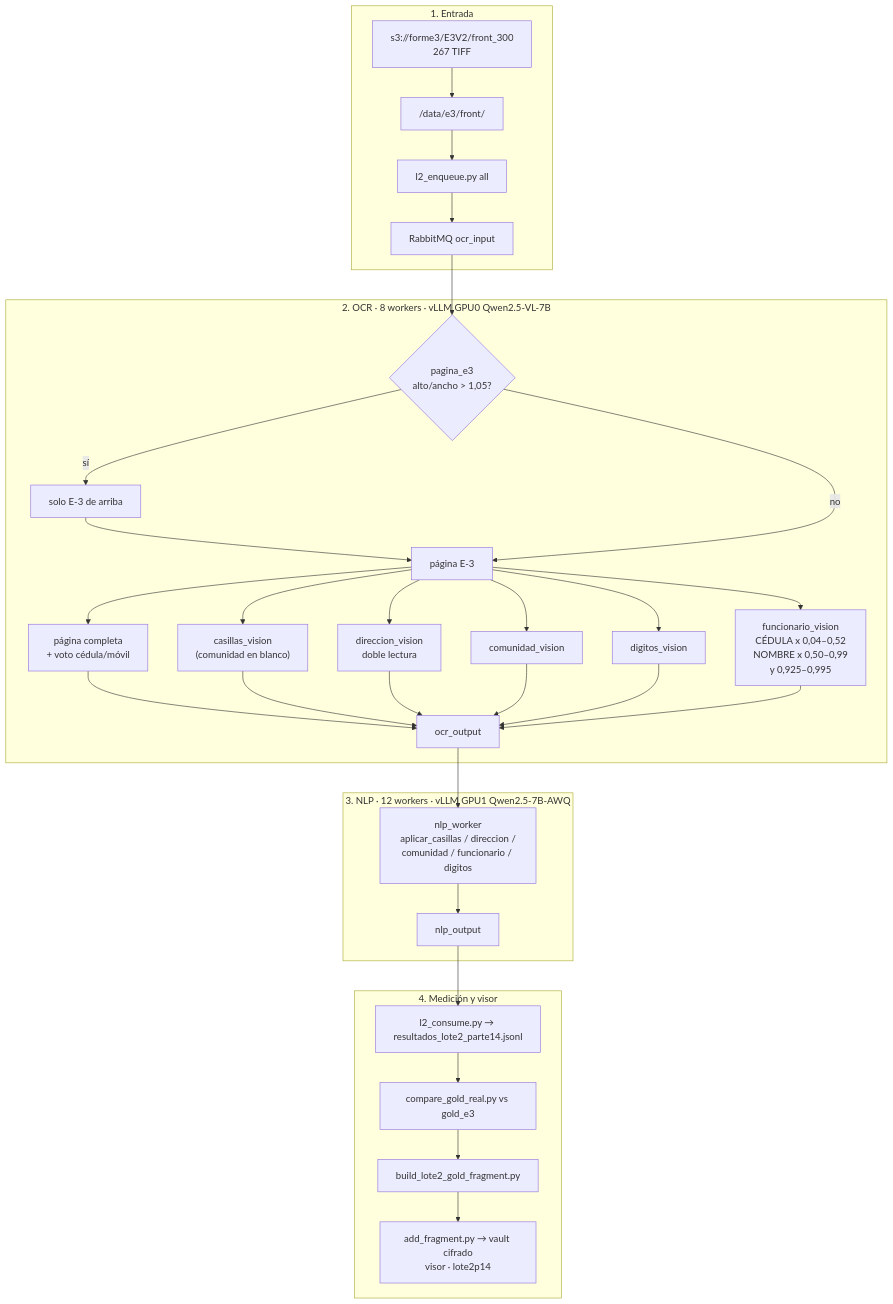
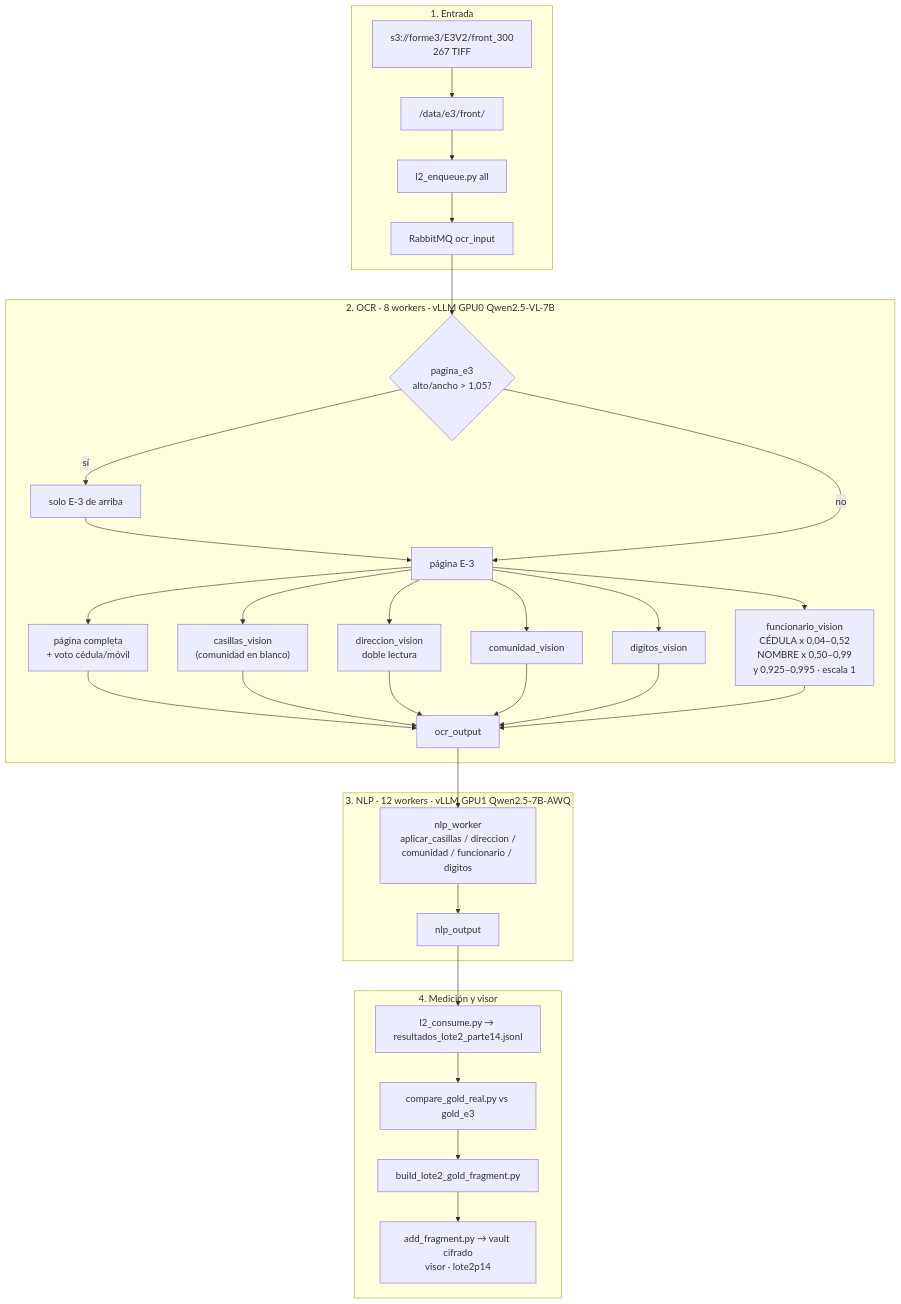
One commit to shell931/ov-ia-caso-1-e3-ocr-forms changed the diagram in backup/parte-14-servidor-fisico/LEEME.md. Above: the diagram before and after it, drawn with Mermaid. The commit also changed other lines of this file and 5 other files, not shown here.

Commit message:
lote2: Parte 14 comparada con gold de funcionario (cédula 74.5%, nombre 92.7%, KPI 92.5% en 21 campos)

````diff
--- a/backup/parte-14-servidor-fisico/LEEME.md
+++ b/backup/parte-14-servidor-fisico/LEEME.md
@@ -57,32 +53,32 @@
 ```mermaid
 flowchart TB
   subgraph ingress["1. Entrada"]
     S3["s3://forme3/E3V2/front_300\n267 TIFF"] --> TIF["/data/e3/front/"]
     TIF --> ENQ["l2_enqueue.py all"] --> Q1["RabbitMQ ocr_input"]
   end
 
   subgraph ocr["2. OCR · 8 workers · vLLM GPU0 Qwen2.5-VL-7B"]
     Q1 --> NORM{"pagina_e3\nalto/ancho > 1,05?"}
     NORM -- "sí" --> CUT["solo E-3 de arriba"] --> IMG
     NORM -- no --> IMG["página E-3"]
     IMG --> PAG["página completa\n+ voto cédula/móvil"]
     IMG --> CAS["casillas_vision\n(comunidad en blanco)"]
     IMG --> DIR["direccion_vision\ndoble lectura"]
     IMG --> COM["comunidad_vision"]
     IMG --> DIG["digitos_vision"]
-    IMG --> FUN["funcionario_vision\nCÉDULA x 0,04–0,52\nNOMBRE x 0,50–0,99\ny 0,925–0,995"]
+    IMG --> FUN["funcionario_vision\nCÉDULA x 0,04–0,52\nNOMBRE x 0,50–0,99\ny 0,925–0,995 · escala 1"]
     PAG & CAS & DIR & COM & DIG & FUN --> Q2["ocr_output"]
   end
 
   subgraph nlp["3. NLP · 12 workers · vLLM GPU1 Qwen2.5-7B-AWQ"]
     Q2 --> NW["nlp_worker\naplicar_casillas / direccion /\ncomunidad / funcionario / digitos"]
     NW --> Q3["nlp_output"]
   end
 
   subgraph eval["4. Medición y visor"]
     Q3 --> CONS["l2_consume.py → resultados_lote2_parte14.jsonl"]
     CONS --> CMP["compare_gold_real.py vs gold_e3"]
     CMP --> FRAG["build_lote2_gold_fragment.py"]
     FRAG --> VAULT["add_fragment.py → vault cifrado\nvisor · lote2p14"]
   end
 ```
````
